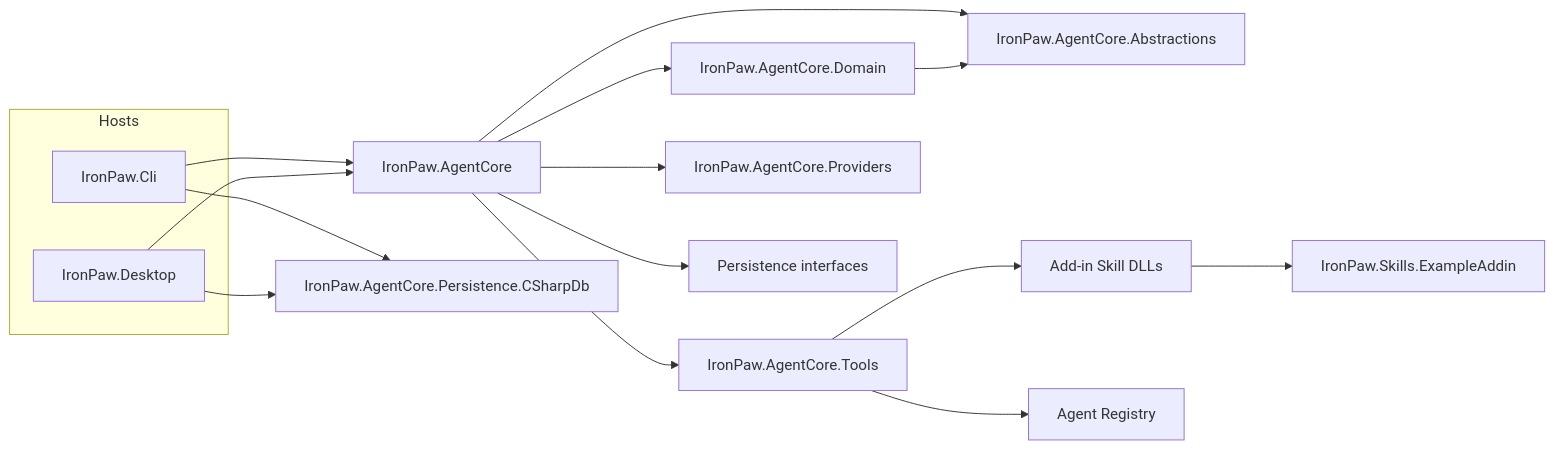
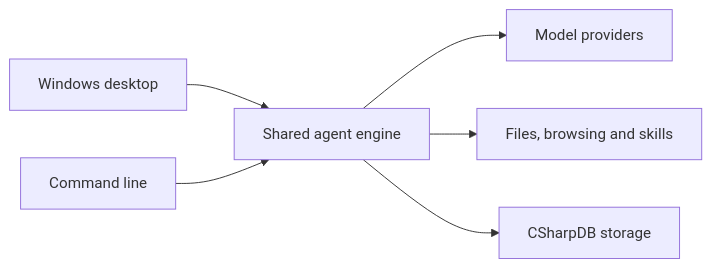
One commit to MaxAkbar/IronPaw changed the diagram in README.md. Above: the diagram before and after it, drawn with Mermaid. The commit also changed other lines of this file, not shown here.

````diff
--- a/README.md
+++ b/README.md
@@ -36,23 +123,8 @@
 ```mermaid
 flowchart LR
-  subgraph Hosts
-    CLI[IronPaw.Cli]
-    Desktop[IronPaw.Desktop]
-  end
-
-  CLI --> Core[IronPaw.AgentCore]
-  Desktop --> Core
-
-  Core --> Abstractions[IronPaw.AgentCore.Abstractions]
-  Core --> Domain[IronPaw.AgentCore.Domain]
-  Domain --> Abstractions
-  Core --> Tools[IronPaw.AgentCore.Tools]
-  Core --> Providers[IronPaw.AgentCore.Providers]
-  Core --> Persistence[Persistence interfaces]
-  CLI --> CSharpDb[IronPaw.AgentCore.Persistence.CSharpDb]
-  Desktop --> CSharpDb
-
-  Tools --> Addins[Add-in Skill DLLs]
-  Tools --> AgentReg[Agent Registry]
-  Addins --> ExampleAddin[IronPaw.Skills.ExampleAddin]
+  Desktop[Windows desktop] --> Core[Shared agent engine]
+  CLI[Command line] --> Core
+  Core --> Providers[Model providers]
+  Core --> Tools[Files, browsing and skills]
+  Core --> Storage[CSharpDB storage]
 ```
````
